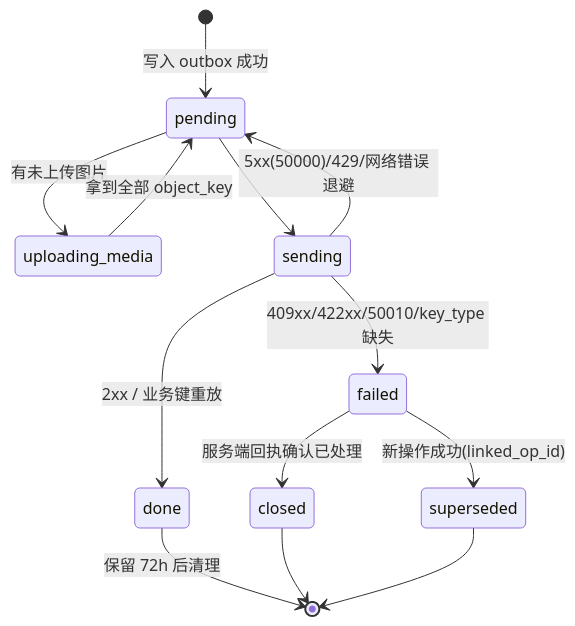
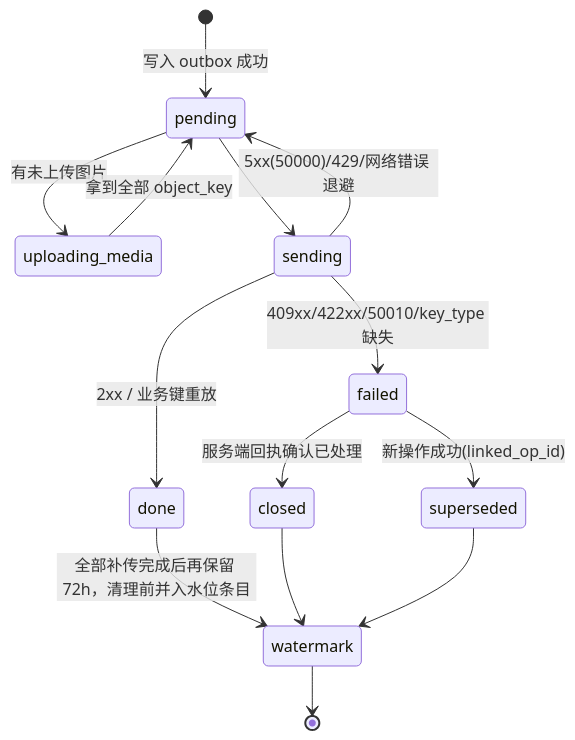
The second of 3 diagrams in docs/15-司机端-商城端.md (Akarin7784/fresh-wms), drawn with Mermaid before and after one commit. The commit also changed other lines of this file, not shown here.

````diff
--- a/docs/15-司机端-商城端.md
+++ b/docs/15-司机端-商城端.md
@@ -119,15 +124,16 @@
 ```mermaid
 stateDiagram-v2
   [*] --> pending: 写入 outbox 成功
   pending --> uploading_media: 有未上传图片
   uploading_media --> pending: 拿到全部 object_key
   pending --> sending
   sending --> done: 2xx / 业务键重放
   sending --> pending: 5xx(50000)/429/网络错误 退避
   sending --> failed: 409xx/422xx/50010/key_type 缺失
   failed --> superseded: 新操作成功(linked_op_id)
   failed --> closed: 服务端回执确认已处理
-  done --> [*]: 保留 72h 后清理
-  closed --> [*]
-  superseded --> [*]
+  done --> watermark: 全部补传完成后再保留 72h，清理前并入水位条目
+  closed --> watermark
+  superseded --> watermark
+  watermark --> [*]
 ```
````
